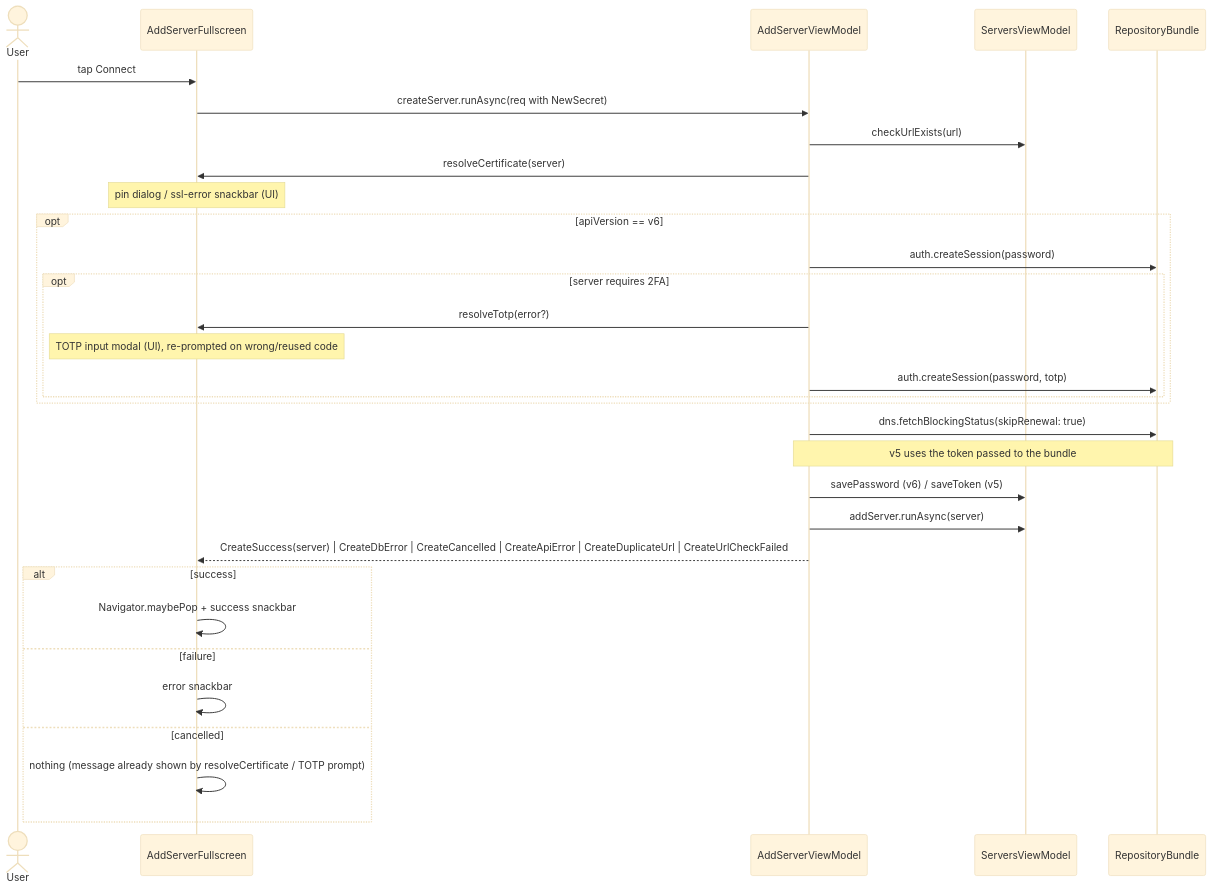
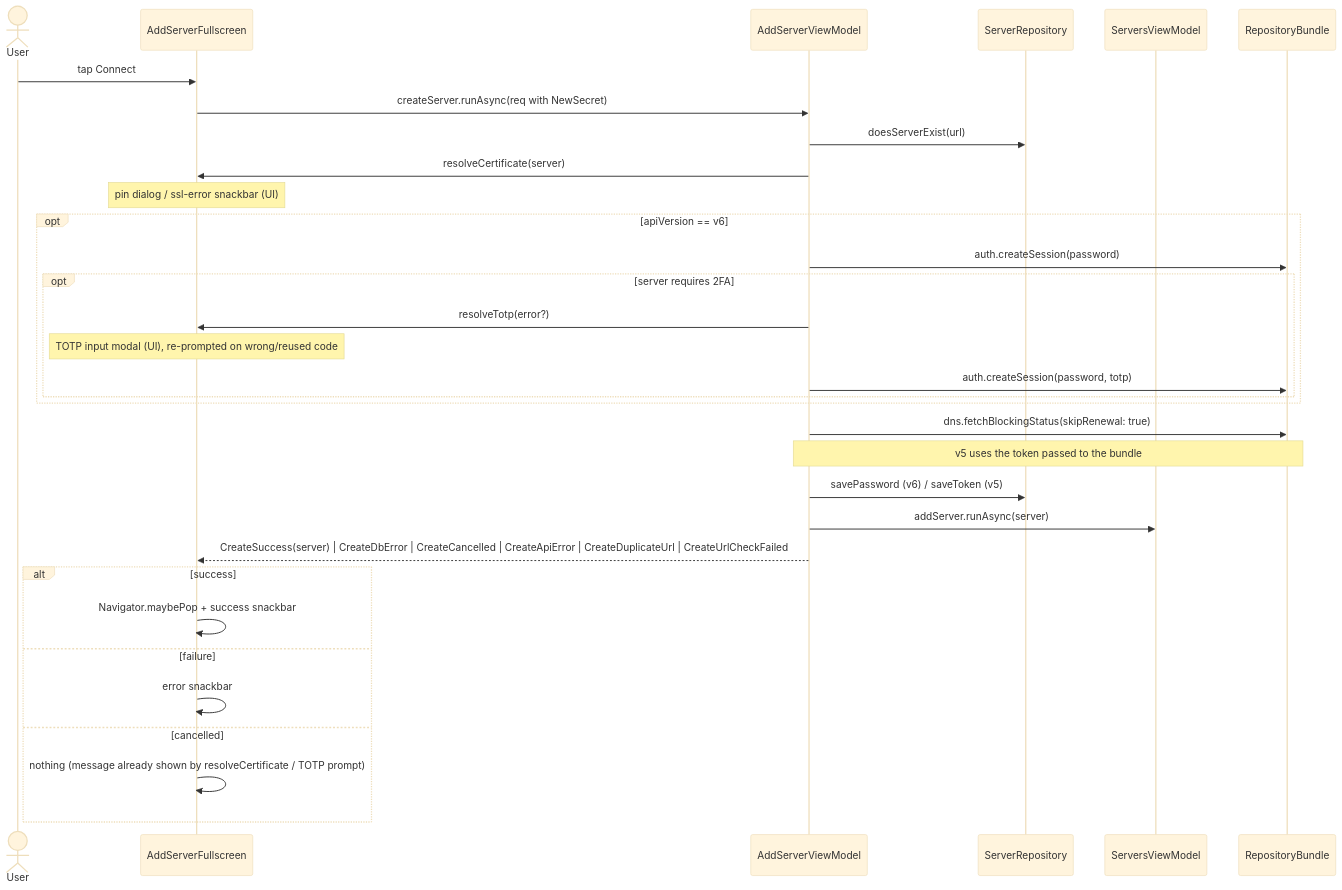
Before and after one commit to tsutsu3/pi-hole-client: the seventh of 8 diagrams in docs/server-connection-flow.md, drawn with Mermaid (base theme). The commit also changed other lines of this file and 11 other files, not shown here.

Commit message:
refactor(servers): check URLs and store secrets through ServerRepository

````diff
--- a/docs/server-connection-flow.md
+++ b/docs/server-connection-flow.md
@@ -270,34 +271,35 @@
 ```mermaid
 sequenceDiagram
   actor U as User
   participant W as AddServerFullscreen
   participant VM as AddServerViewModel
+  participant SR as ServerRepository
   participant SV as ServersViewModel
   participant B as RepositoryBundle
 
   U->>W: tap Connect
   W->>VM: createServer.runAsync(req with NewSecret)
-  VM->>SV: checkUrlExists(url)
+  VM->>SR: doesServerExist(url)
   VM->>W: resolveCertificate(server)
   Note over W: pin dialog / ssl-error snackbar (UI)
   opt apiVersion == v6
     VM->>B: auth.createSession(password)
     opt server requires 2FA
       VM->>W: resolveTotp(error?)
       Note over W: TOTP input modal (UI), re-prompted on wrong/reused code
       VM->>B: auth.createSession(password, totp)
     end
   end
   VM->>B: dns.fetchBlockingStatus(skipRenewal: true)
   Note over VM,B: v5 uses the token passed to the bundle
-  VM->>SV: savePassword (v6) / saveToken (v5)
+  VM->>SR: savePassword (v6) / saveToken (v5)
   VM->>SV: addServer.runAsync(server)
   VM-->>W: CreateSuccess(server) | CreateDbError | CreateCancelled | CreateApiError | CreateDuplicateUrl | CreateUrlCheckFailed
   alt success
     W->>W: Navigator.maybePop + success snackbar
   else failure
     W->>W: error snackbar
   else cancelled
     W->>W: nothing (message already shown by resolveCertificate / TOTP prompt)
   end
 ```
````
